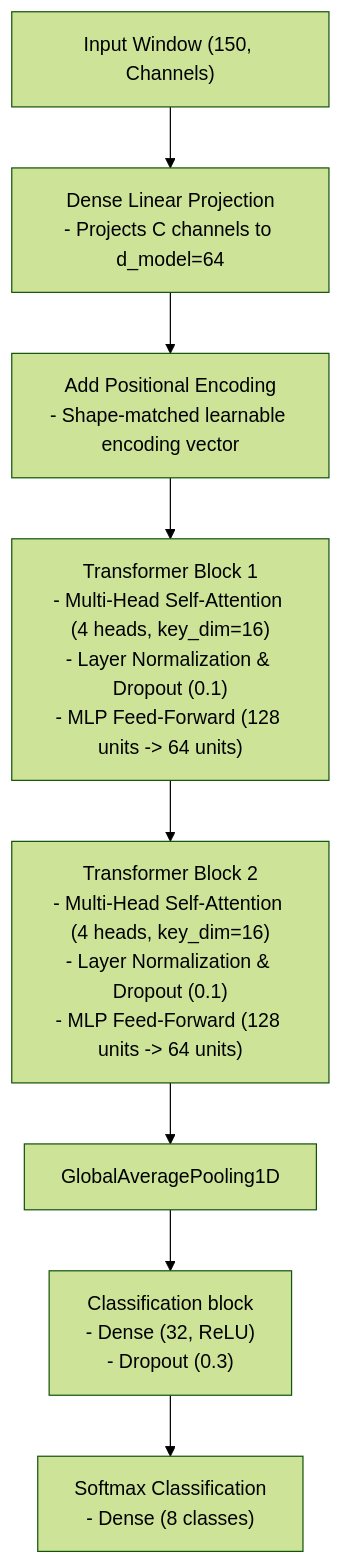
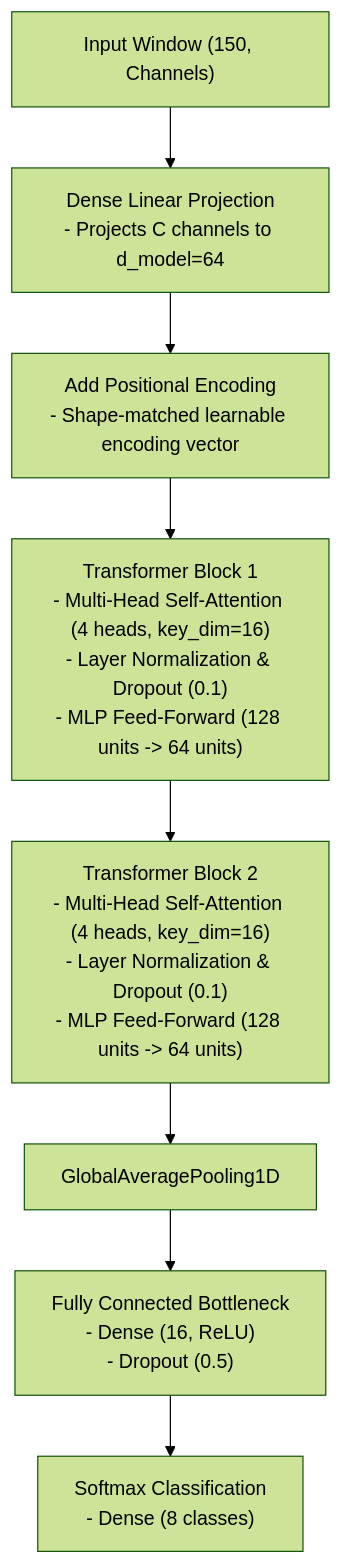
Before and after one commit to printjan/GestureGlove: the diagram in documentation/model_architectures/self_attention_temporal_transformer.md, drawn with Mermaid (forest theme). The commit also changed other lines of this file and 19 other files, not shown here.

````diff
--- a/documentation/model_architectures/self_attention_temporal_transformer.md
+++ b/documentation/model_architectures/self_attention_temporal_transformer.md
@@ -7,10 +11,10 @@
 ```mermaid
 graph TD
     Input["Input Window (150, Channels)"] --> Project["Dense Linear Projection<br/>- Projects C channels to d_model=64"]
     Project --> PosEnc["Add Positional Encoding<br/>- Shape-matched learnable encoding vector"]
     PosEnc --> TransEncoder1["Transformer Block 1<br/>- Multi-Head Self-Attention (4 heads, key_dim=16)<br/>- Layer Normalization & Dropout (0.1)<br/>- MLP Feed-Forward (128 units -> 64 units)"]
     TransEncoder1 --> TransEncoder2["Transformer Block 2<br/>- Multi-Head Self-Attention (4 heads, key_dim=16)<br/>- Layer Normalization & Dropout (0.1)<br/>- MLP Feed-Forward (128 units -> 64 units)"]
     TransEncoder2 --> GAP["GlobalAveragePooling1D"]
-    GAP --> Classifier["Classification block<br/>- Dense (32, ReLU)<br/>- Dropout (0.3)"]
+    GAP --> Classifier["Fully Connected Bottleneck<br/>- Dense (16, ReLU)<br/>- Dropout (0.5)"]
     Classifier --> Softmax["Softmax Classification<br/>- Dense (8 classes)"]
 ```
````
